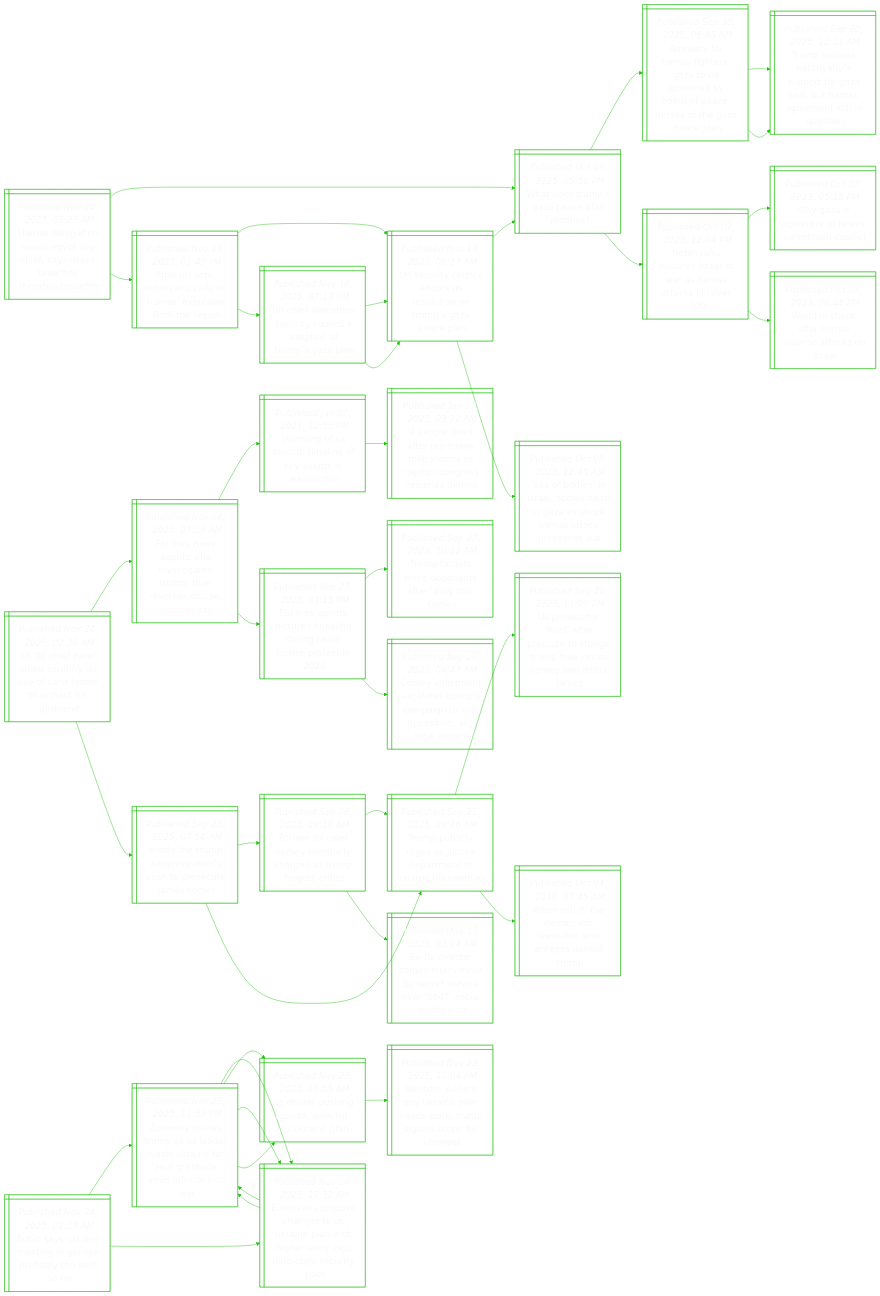
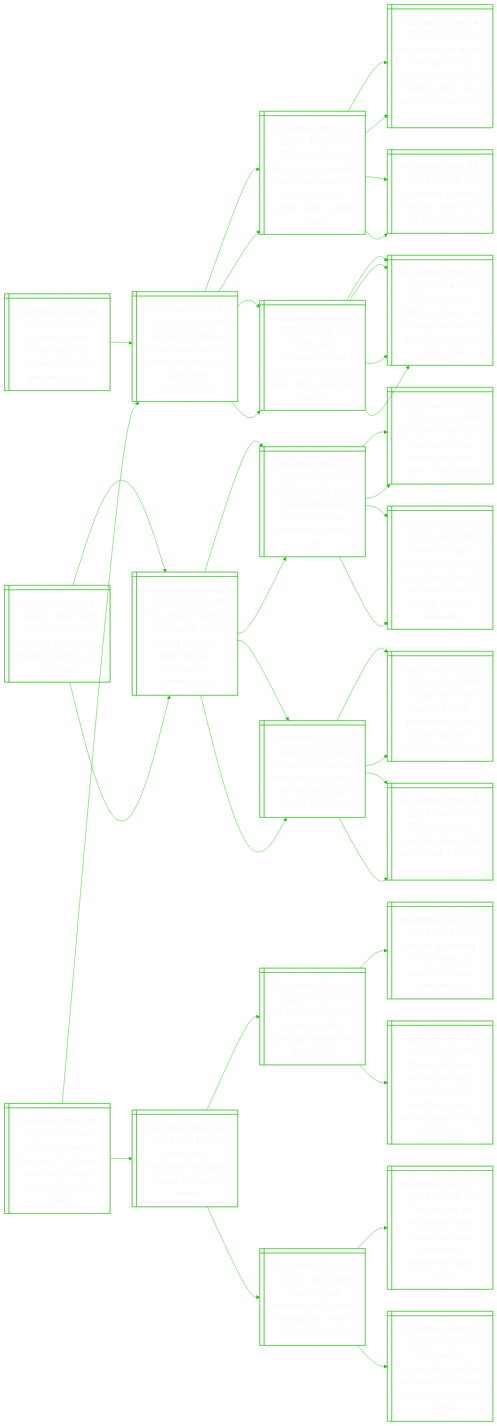
One commit to notJmes/notJmes changed the diagram in README.md. Above: the diagram before and after it, drawn with Mermaid. The commit also changed other lines of this file, not shown here.

````diff
--- a/README.md
+++ b/README.md
@@ -16,124 +16,121 @@
 flowchart LR
 classDef txtsize font-size:20px;
 
-HdamEsiyareecf@{ shape: win-pane, label: "_Published Nov 24, 2025, 03:25 AM_
-Hamas delegation meets egypt spy chief, says israeli ‘breaches’ threaten ceasefire" }
-Wouaaam@{ shape: win-pane, label: "_Published Oct 09, 2025, 05:50 PM_
-What does trump’s gaza peace plan promise?" }
-AtHfezerydatoGel@{ shape: win-pane, label: "_Published Sep 30, 2025, 06:45 AM_
-Amnesty for hamas fighters, gaza to be governed by ‘board of peace’: details of the gaza peace plan" }
-Tseaupoabmrnluo@{ shape: win-pane, label: "_Published Sep 30, 2025, 12:11 AM_
-Trump secures netanyahu’s support for gaza deal, but hamas’ agreement still in question" }
-Tseaupoabmrnluo@{ shape: win-pane, label: "_Published Sep 30, 2025, 12:11 AM_
-Trump secures netanyahu’s support for gaza deal, but hamas’ agreement still in question" }
-NyeeawHakl@{ shape: win-pane, label: "_Published Oct 07, 2023, 12:04 PM_
-Netanyahu declares israel at war as hamas attacks kill over 100" }
-WzptIleint@{ shape: win-pane, label: "_Published Oct 07, 2023, 05:15 PM_
-Why gaza is epicentre of israeli-palestinian conflict" }
-Wiceapaks@{ shape: win-pane, label: "_Published Oct 07, 2023, 06:44 PM_
-World in shock after hamas surprise attacks on israel" }
-AUencfmpome@{ shape: win-pane, label: "_Published Nov 19, 2025, 01:43 PM_
-After un vote, netanyahu calls for hamas’ expulsion from the region" }
-UuCipruomzcn@{ shape: win-pane, label: "_Published Nov 18, 2025, 06:27 AM_
-Un security council adopts us resolution on trump’s gaza peace plan" }
-Wouaaam@{ shape: win-pane, label: "_Published Oct 09, 2025, 05:50 PM_
-What does trump’s gaza peace plan promise?" }
-Sbsrcdnacaale@{ shape: win-pane, label: "_Published Oct 08, 2023, 12:45 AM_
-‘sea of bodies’ in israel, scores dead in gaza as shock hamas attack unleashes war" }
-UecSiustfpa@{ shape: win-pane, label: "_Published Nov 18, 2025, 07:13 PM_
-Un chief welcomes security council’s adoption of trump’s gaza plan" }
-UuCipruomzcn@{ shape: win-pane, label: "_Published Nov 18, 2025, 06:27 AM_
-Un security council adopts us resolution on trump’s gaza peace plan" }
-UuCipruomzcn@{ shape: win-pane, label: "_Published Nov 18, 2025, 06:27 AM_
-Un security council adopts us resolution on trump’s gaza peace plan" }
-
-HdamEsiyareecf:::txtsize --> Wouaaam:::txtsize
-Wouaaam:::txtsize --> AtHfezerydatoGel:::txtsize
-AtHfezerydatoGel:::txtsize --> Tseaupoabmrnluo:::txtsize
-AtHfezerydatoGel:::txtsize --> Tseaupoabmrnluo:::txtsize
-Wouaaam:::txtsize --> NyeeawHakl:::txtsize
-NyeeawHakl:::txtsize --> WzptIleint:::txtsize
-NyeeawHakl:::txtsize --> Wiceapaks:::txtsize
-HdamEsiyareecf:::txtsize --> AUencfmpome:::txtsize
-AUencfmpome:::txtsize --> UuCipruomzcn:::txtsize
-UuCipruomzcn:::txtsize --> Wouaaam:::txtsize
-UuCipruomzcn:::txtsize --> Sbsrcdnacaale:::txtsize
-AUencfmpome:::txtsize --> UecSiustfpa:::txtsize
-UecSiustfpa:::txtsize --> UuCipruomzcn:::txtsize
-UecSiustfpa:::txtsize --> UuCipruomzcn:::txtsize
-
-UcPusirftttiln@{ shape: win-pane, label: "_Published Nov 24, 2025, 02:26 AM_
-Us fbi chief patel under scrutiny for use of swat teams to protect his girlfriend" }
-Frrnostueececy@{ shape: win-pane, label: "_Published Nov 04, 2025, 07:19 AM_
-Fbi fires more agents who investigated trump, then reverses course, sources say" }
-SiUiinenWn@{ shape: win-pane, label: "_Published Jan 07, 2021, 12:55 PM_
-Storming of us capitol: timeline of key events in washington" }
-peapubmalrest@{ shape: win-pane, label: "_Published Jan 07, 2021, 03:22 AM_
-4 people dead after pro-trump mob storms us capitol; congress resumes debate" }
-Freieedgatrt@{ shape: win-pane, label: "_Published Sep 27, 2025, 01:15 PM_
-Fbi fires agents pictured kneeling during racial justice protest in 2020" }
-Tttenadcm@{ shape: win-pane, label: "_Published Sep 27, 2025, 10:12 AM_
-Trump targets more opponents after ‘dirty cop’ comey" }
-Citearcicoisgp@{ shape: win-pane, label: "_Published Sep 27, 2025, 04:47 AM_
-Comey indictment escalates trump’s campaign to chill opposition, say legal experts" }
-Ierdsiupcao@{ shape: win-pane, label: "_Published Sep 28, 2025, 07:54 AM_
-Inside the trump administration’s push to prosecute james comey" }
-Frhorahdurcc@{ shape: win-pane, label: "_Published Sep 26, 2025, 08:10 AM_
-Former fbi chief comey criminally charged as trump targets critics" }
-TpcgJcanhhe@{ shape: win-pane, label: "_Published Sep 21, 2025, 09:36 AM_
-Trump publicly urges us justice department to charge his enemies" }
-Edtmteyevvceo@{ shape: win-pane, label: "_Published May 17, 2025, 03:04 AM_
-Ex-fbi director comey interviewed by secret service over ‘8647’ social media post" }
-TpcgJcanhhe@{ shape: win-pane, label: "_Published Sep 21, 2025, 09:36 AM_
-Trump publicly urges us justice department to charge his enemies" }
-UsoeestrueeeLie@{ shape: win-pane, label: "_Published Sep 20, 2025, 11:09 PM_
-Us prosecutor ‘fired’ after pressure to charge trump foes james comey and letitia james" }
-AcTmtwrnslm@{ shape: win-pane, label: "_Published Oct 04, 2019, 07:45 AM_
-Adam schiff: the democratic lawmaker who enrages donald trump" }
-
-UcPusirftttiln:::txtsize --> Frrnostueececy:::txtsize
-Frrnostueececy:::txtsize --> SiUiinenWn:::txtsize
-SiUiinenWn:::txtsize --> peapubmalrest:::txtsize
-Frrnostueececy:::txtsize --> Freieedgatrt:::txtsize
-Freieedgatrt:::txtsize --> Tttenadcm:::txtsize
-Freieedgatrt:::txtsize --> Citearcicoisgp:::txtsize
-UcPusirftttiln:::txtsize --> Ierdsiupcao:::txtsize
-Ierdsiupcao:::txtsize --> Frhorahdurcc:::txtsize
-Frhorahdurcc:::txtsize --> TpcgJcanhhe:::txtsize
-Frhorahdurcc:::txtsize --> Edtmteyevvceo:::txtsize
-Ierdsiupcao:::txtsize --> TpcgJcanhhe:::txtsize
-TpcgJcanhhe:::txtsize --> UsoeestrueeeLie:::txtsize
-TpcgJcanhhe:::txtsize --> AcTmtwrnslm:::txtsize
-
-RskeiGaahtr@{ shape: win-pane, label: "_Published Nov 24, 2025, 02:17 AM_
-Rubio says ukraine meeting in geneva probably the best so far" }
-ZsarsalUnzruikn@{ shape: win-pane, label: "_Published Nov 23, 2025, 11:53 PM_
-Zelensky thanks trump as us leader blasts ukraine for ‘zero gratitude’ amid talks to end war" }
-EeregUalthmNtett@{ shape: win-pane, label: "_Published Nov 24, 2025, 12:32 AM_
-Europeans propose changes to us ukraine plan with higher army cap, nato-style security pact" }
-ZsarsalUnzruikn@{ shape: win-pane, label: "_Published Nov 23, 2025, 11:53 PM_
-Zelensky thanks trump as us leader blasts ukraine for ‘zero gratitude’ amid talks to end war" }
-UisRahaal@{ shape: win-pane, label: "_Published Nov 23, 2025, 10:55 AM_
-Us denies pushing russian ‘wish list’ as ukraine plan" }
-Wrdaalermncon@{ shape: win-pane, label: "_Published Nov 22, 2025, 10:04 PM_
-Western leaders say ukraine plan needs work, trump signals scope for changes" }
-EeregUalthmNtett@{ shape: win-pane, label: "_Published Nov 24, 2025, 12:32 AM_
-Europeans propose changes to us ukraine plan with higher army cap, nato-style security pact" }
+Iterelnitcn@{ shape: win-pane, label: "_Published Nov 24, 2025, 07:45 AM_
+In his tightest corner yet, will zelensky rise to the occasion?" }
+Ulgiaeauuqinl@{ shape: win-pane, label: "_Published Nov 24, 2025, 02:17 AM_
+Us hails progress in ukraine peace talks but security questions unresolved" }
 ZsarsalUnzruikn@{ shape: win-pane, label: "_Published Nov 23, 2025, 11:53 PM_
 Zelensky thanks trump as us leader blasts ukraine for ‘zero gratitude’ amid talks to end war" }
 EeregUalthmNtett@{ shape: win-pane, label: "_Published Nov 24, 2025, 12:32 AM_
 Europeans propose changes to us ukraine plan with higher army cap, nato-style security pact" }
 UisRahaal@{ shape: win-pane, label: "_Published Nov 23, 2025, 10:55 AM_
 Us denies pushing russian ‘wish list’ as ukraine plan" }
+Tskeleanwub@{ shape: win-pane, label: "_Published Nov 22, 2025, 04:26 AM_
+Trump says ukraine should accept plan to end war with russia by nov 27" }
+Uneftcrespepp@{ shape: win-pane, label: "_Published Nov 21, 2025, 11:49 PM_
+Ukraine faces ‘difficult choice’ as trump demands acceptance of us peace plan" }
+Uneftcrespepp@{ shape: win-pane, label: "_Published Nov 21, 2025, 11:49 PM_
+Ukraine faces ‘difficult choice’ as trump demands acceptance of us peace plan" }
 
-RskeiGaahtr:::txtsize --> ZsarsalUnzruikn:::txtsize
-ZsarsalUnzruikn:::txtsize --> EeregUalthmNtett:::txtsize
-EeregUalthmNtett:::txtsize --> ZsarsalUnzruikn:::txtsize
-ZsarsalUnzruikn:::txtsize --> UisRahaal:::txtsize
-UisRahaal:::txtsize --> Wrdaalermncon:::txtsize
-RskeiGaahtr:::txtsize --> EeregUalthmNtett:::txtsize
-EeregUalthmNtett:::txtsize --> ZsarsalUnzruikn:::txtsize
+Iterelnitcn:::txtsize --> Ulgiaeauuqinl:::txtsize
+Ulgiaeauuqinl:::txtsize --> ZsarsalUnzruikn:::txtsize
 ZsarsalUnzruikn:::txtsize --> EeregUalthmNtett:::txtsize
 ZsarsalUnzruikn:::txtsize --> UisRahaal:::txtsize
+Ulgiaeauuqinl:::txtsize --> Tskeleanwub:::txtsize
+Tskeleanwub:::txtsize --> Uneftcrespepp:::txtsize
+Tskeleanwub:::txtsize --> Uneftcrespepp:::txtsize
+
+Cohowhrfyoe@{ shape: win-pane, label: "_Published Nov 24, 2025, 06:45 AM_
+Crypto crash is eroding wealth for trump’s family and followers" }
+Tumsgnyrtmonoln@{ shape: win-pane, label: "_Published Apr 13, 2025, 09:30 AM_
+The trump family is going all in on crypto projects, from bitcoin mining to stablecoins" }
+TMtiosyoMniF@{ shape: win-pane, label: "_Published Mar 25, 2025, 09:18 AM_
+Trump media taps singapore-based crypto.com for made-in-america etfs" }
+Bikfoodevem@{ shape: win-pane, label: "_Published Mar 11, 2025, 10:20 AM_
+Bitcoin sinks to a four-month low amid concerns over us economy" }
+Tstesssdomolsu@{ shape: win-pane, label: "_Published Jan 20, 2025, 08:55 AM_
+Trump’s crypto memecoin surges in just two days to become one of world’s most valuable" }
+Humucohyanr@{ shape: win-pane, label: "_Published Jan 12, 2025, 10:00 AM_
+How trump came around to crypto – and what crypto wants in return" }
+TsbchioUdetne@{ shape: win-pane, label: "_Published Nov 06, 2024, 07:37 AM_
+Trump set to be elected 47th president of the united states in stunning comeback" }
+Coeisnrdlnpo@{ shape: win-pane, label: "_Published Nov 14, 2024, 04:16 PM_
+Crypto market capitalisation hits record $4.3 trillion on trump euphoria" }
+Tumsgnyrtmonoln@{ shape: win-pane, label: "_Published Apr 13, 2025, 09:30 AM_
+The trump family is going all in on crypto projects, from bitcoin mining to stablecoins" }
+TMtiosyoMniF@{ shape: win-pane, label: "_Published Mar 25, 2025, 09:18 AM_
+Trump media taps singapore-based crypto.com for made-in-america etfs" }
+Bikfoodevem@{ shape: win-pane, label: "_Published Mar 11, 2025, 10:20 AM_
+Bitcoin sinks to a four-month low amid concerns over us economy" }
+Tstesssdomolsu@{ shape: win-pane, label: "_Published Jan 20, 2025, 08:55 AM_
+Trump’s crypto memecoin surges in just two days to become one of world’s most valuable" }
+Humucohyanr@{ shape: win-pane, label: "_Published Jan 12, 2025, 10:00 AM_
+How trump came around to crypto – and what crypto wants in return" }
+TsbchioUdetne@{ shape: win-pane, label: "_Published Nov 06, 2024, 07:37 AM_
+Trump set to be elected 47th president of the united states in stunning comeback" }
+Coeisnrdlnpo@{ shape: win-pane, label: "_Published Nov 14, 2024, 04:16 PM_
+Crypto market capitalisation hits record $4.3 trillion on trump euphoria" }
+
+Cohowhrfyoe:::txtsize --> Tumsgnyrtmonoln:::txtsize
+Tumsgnyrtmonoln:::txtsize --> TMtiosyoMniF:::txtsize
+TMtiosyoMniF:::txtsize --> Bikfoodevem:::txtsize
+TMtiosyoMniF:::txtsize --> Tstesssdomolsu:::txtsize
+Tumsgnyrtmonoln:::txtsize --> Humucohyanr:::txtsize
+Humucohyanr:::txtsize --> TsbchioUdetne:::txtsize
+Humucohyanr:::txtsize --> Coeisnrdlnpo:::txtsize
+Cohowhrfyoe:::txtsize --> Tumsgnyrtmonoln:::txtsize
+Tumsgnyrtmonoln:::txtsize --> TMtiosyoMniF:::txtsize
+TMtiosyoMniF:::txtsize --> Bikfoodevem:::txtsize
+TMtiosyoMniF:::txtsize --> Tstesssdomolsu:::txtsize
+Tumsgnyrtmonoln:::txtsize --> Humucohyanr:::txtsize
+Humucohyanr:::txtsize --> TsbchioUdetne:::txtsize
+Humucohyanr:::txtsize --> Coeisnrdlnpo:::txtsize
+
+WYresemhiN@{ shape: win-pane, label: "_Published Nov 24, 2025, 06:06 AM_
+While you were sleeping: 5 stories you might have missed, nov 24, 2025" }
+Ulgiaeauuqinl@{ shape: win-pane, label: "_Published Nov 24, 2025, 02:17 AM_
+Us hails progress in ukraine peace talks but security questions unresolved" }
+ZsarsalUnzruikn@{ shape: win-pane, label: "_Published Nov 23, 2025, 11:53 PM_
+Zelensky thanks trump as us leader blasts ukraine for ‘zero gratitude’ amid talks to end war" }
+EeregUalthmNtett@{ shape: win-pane, label: "_Published Nov 24, 2025, 12:32 AM_
+Europeans propose changes to us ukraine plan with higher army cap, nato-style security pact" }
+UisRahaal@{ shape: win-pane, label: "_Published Nov 23, 2025, 10:55 AM_
+Us denies pushing russian ‘wish list’ as ukraine plan" }
+Tskeleanwub@{ shape: win-pane, label: "_Published Nov 22, 2025, 04:26 AM_
+Trump says ukraine should accept plan to end war with russia by nov 27" }
+Uneftcrespepp@{ shape: win-pane, label: "_Published Nov 21, 2025, 11:49 PM_
+Ukraine faces ‘difficult choice’ as trump demands acceptance of us peace plan" }
+Uneftcrespepp@{ shape: win-pane, label: "_Published Nov 21, 2025, 11:49 PM_
+Ukraine faces ‘difficult choice’ as trump demands acceptance of us peace plan" }
+Ilsomaanui@{ shape: win-pane, label: "_Published Nov 24, 2025, 01:17 AM_
+Israel kills hezbollah military leader in beirut strike" }
+Ilautpkanbh@{ shape: win-pane, label: "_Published Nov 23, 2025, 07:39 PM_
+Israel’s netanyahu vows to keep striking hamas and hezbollah" }
+Ilselaonms@{ shape: win-pane, label: "_Published Nov 23, 2025, 01:09 AM_
+Israeli airstrikes kill at least 20 people in gaza, medics say" }
+Tdrcaaededlncbs@{ shape: win-pane, label: "_Published Oct 14, 2025, 07:45 PM_
+Trump declares victory as gaza ceasefire deal reached, but a lasting peace may be elusive" }
+Ilsndmoucfe@{ shape: win-pane, label: "_Published Nov 02, 2025, 04:31 PM_
+Israel urges lebanon to disarm hezbollah under ceasefire terms" }
+TafnemsHleikl@{ shape: win-pane, label: "_Published Nov 27, 2024, 02:56 AM_
+Thousands of lebanese head home as israel-hezbollah ceasefire takes hold" }
+Hlutaarhbmrig@{ shape: win-pane, label: "_Published Sep 27, 2025, 11:20 PM_
+Hezbollah supporters gather at nasrallah's tomb to commemorate killing" }
+
+WYresemhiN:::txtsize --> Ulgiaeauuqinl:::txtsize
+Ulgiaeauuqinl:::txtsize --> ZsarsalUnzruikn:::txtsize
+ZsarsalUnzruikn:::txtsize --> EeregUalthmNtett:::txtsize
+ZsarsalUnzruikn:::txtsize --> UisRahaal:::txtsize
+Ulgiaeauuqinl:::txtsize --> Tskeleanwub:::txtsize
+Tskeleanwub:::txtsize --> Uneftcrespepp:::txtsize
+Tskeleanwub:::txtsize --> Uneftcrespepp:::txtsize
+WYresemhiN:::txtsize --> Ilsomaanui:::txtsize
+Ilsomaanui:::txtsize --> Ilautpkanbh:::txtsize
+Ilautpkanbh:::txtsize --> Ilselaonms:::txtsize
+Ilautpkanbh:::txtsize --> Tdrcaaededlncbs:::txtsize
+Ilsomaanui:::txtsize --> Ilsndmoucfe:::txtsize
+Ilsndmoucfe:::txtsize --> TafnemsHleikl:::txtsize
+Ilsndmoucfe:::txtsize --> Hlutaarhbmrig:::txtsize
 
 ```
````
